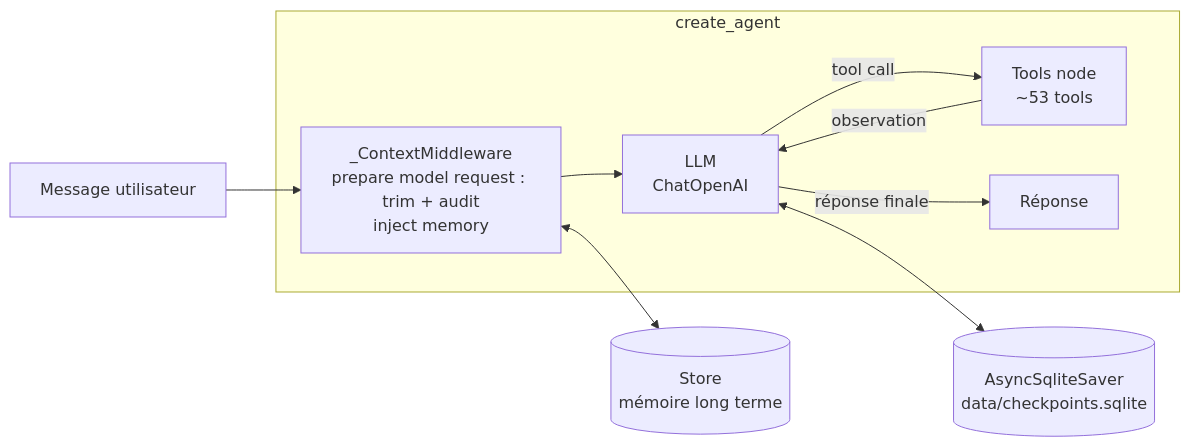
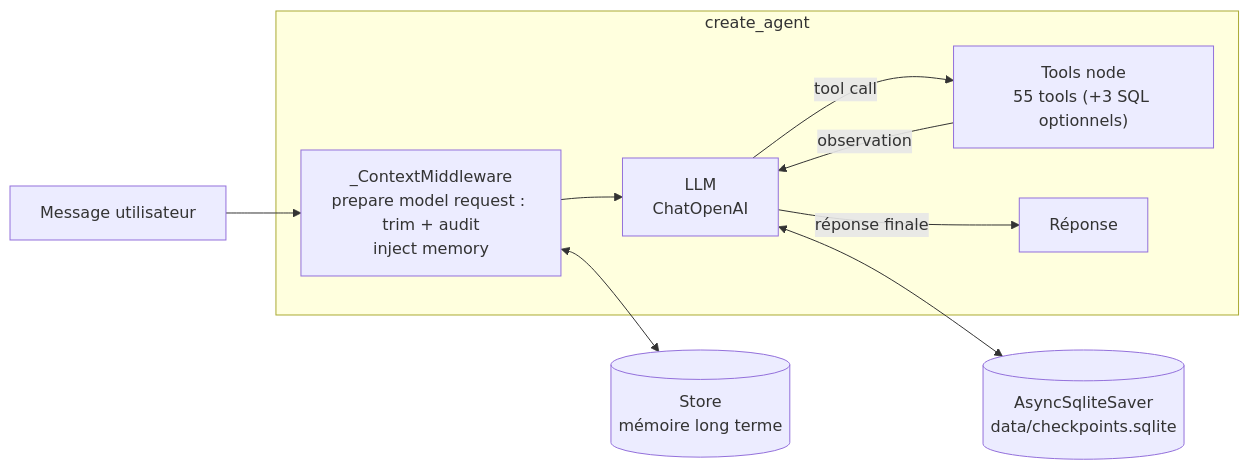
The second of 2 diagrams in ARCHITECTURE.md (TidianeCisse777/IDEA), drawn with Mermaid before and after one commit. The commit also changed other lines of this file and 3 other files, not shown here.

````diff
--- a/ARCHITECTURE.md
+++ b/ARCHITECTURE.md
@@ -76,19 +76,19 @@
 ```mermaid
 flowchart LR
     IN[Message utilisateur] --> HOOK
 
     subgraph Agent["create_agent"]
         HOOK["_ContextMiddleware<br/>prepare model request : trim + audit<br/>inject memory"]
         MODEL["LLM<br/>ChatOpenAI"]
-        TOOLS["Tools node<br/>~53 tools"]
+        TOOLS["Tools node<br/>55 tools (+3 SQL optionnels)"]
         HOOK --> MODEL
         MODEL -->|tool call| TOOLS
         TOOLS -->|observation| MODEL
         MODEL -->|réponse finale| OUT[Réponse]
     end
 
     CKPT[("AsyncSqliteSaver<br/>data/checkpoints.sqlite")]
     STORE[("Store<br/>mémoire long terme")]
     MODEL <--> CKPT
     HOOK <--> STORE
 ```
````
